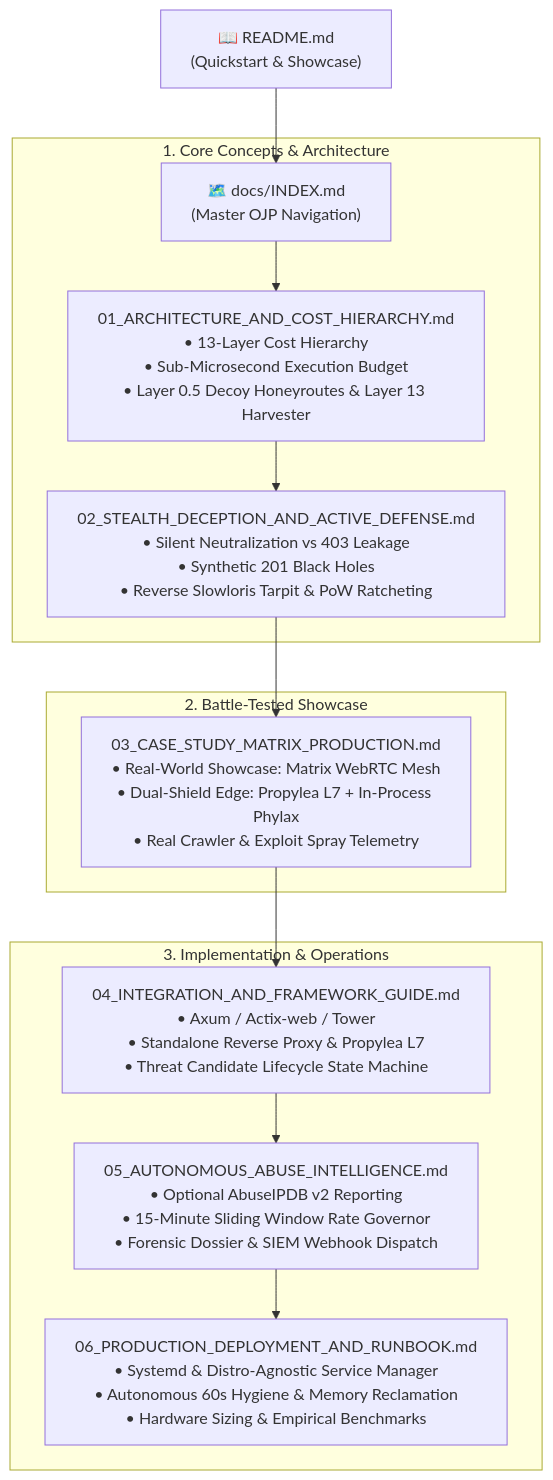
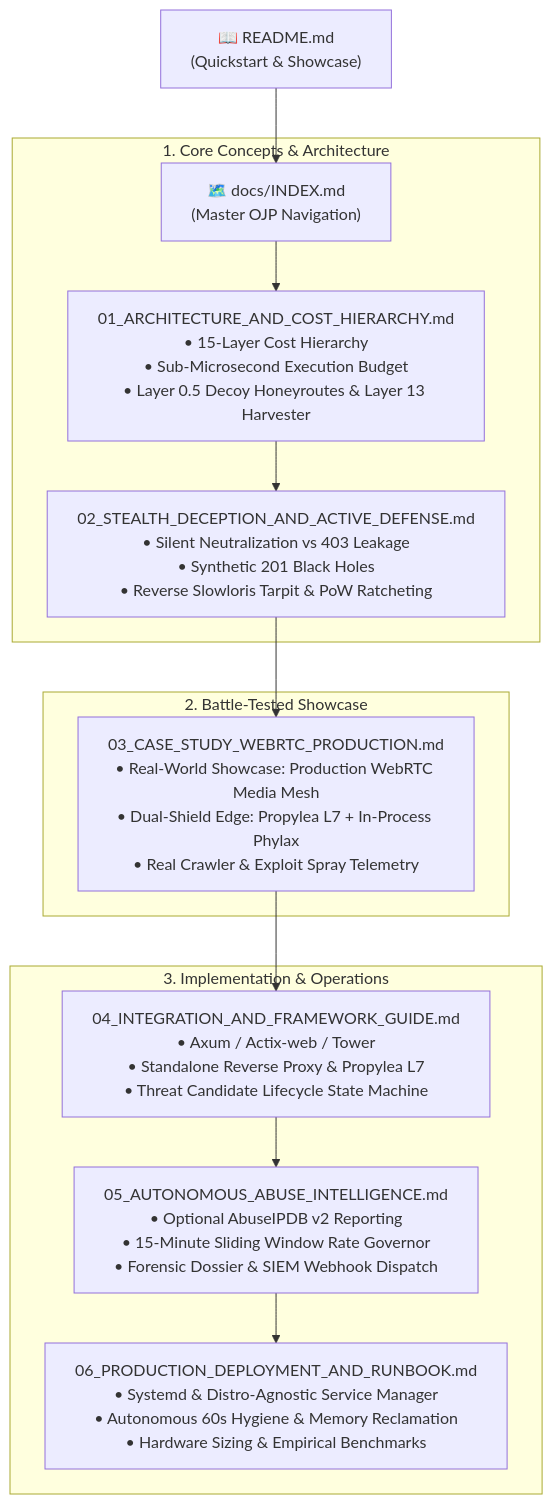
Before and after one commit to rmediatech/phylax: the diagram in docs/INDEX.md, drawn with Mermaid. The commit also changed other lines of this file and 25 other files, not shown here.

Commit message:
docs(sanitize): air-gap sanitize docs & tools per SOVEREIGN-SANITIZE-01, update 15-layer hierarchy & v0.2.8 release manifests

````diff
--- a/docs/INDEX.md
+++ b/docs/INDEX.md
@@ -12,19 +12,19 @@
 ```mermaid
 flowchart TD
     HOME["📖 README.md<br/>(Quickstart & Showcase)"] --> INDEX["🗺️ docs/INDEX.md<br/>(Master OJP Navigation)"]
     
     subgraph CoreFoundations["1. Core Concepts & Architecture"]
-        INDEX --> ARCH["01_ARCHITECTURE_AND_COST_HIERARCHY.md<br/>• 13-Layer Cost Hierarchy<br/>• Sub-Microsecond Execution Budget<br/>• Layer 0.5 Decoy Honeyroutes & Layer 13 Harvester"]
+        INDEX --> ARCH["01_ARCHITECTURE_AND_COST_HIERARCHY.md<br/>• 15-Layer Cost Hierarchy<br/>• Sub-Microsecond Execution Budget<br/>• Layer 0.5 Decoy Honeyroutes & Layer 13 Harvester"]
         ARCH --> DECEPT["02_STEALTH_DECEPTION_AND_ACTIVE_DEFENSE.md<br/>• Silent Neutralization vs 403 Leakage<br/>• Synthetic 201 Black Holes<br/>• Reverse Slowloris Tarpit & PoW Ratcheting"]
     end
 
     subgraph ProductionBattlefield["2. Battle-Tested Showcase"]
-        DECEPT --> MATRIX["03_CASE_STUDY_MATRIX_PRODUCTION.md<br/>• Real-World Showcase: Matrix WebRTC Mesh<br/>• Dual-Shield Edge: Propylea L7 + In-Process Phylax<br/>• Real Crawler & Exploit Spray Telemetry"]
+        DECEPT --> WEBRTC_SHOWCASE["03_CASE_STUDY_WEBRTC_PRODUCTION.md<br/>• Real-World Showcase: Production WebRTC Media Mesh<br/>• Dual-Shield Edge: Propylea L7 + In-Process Phylax<br/>• Real Crawler & Exploit Spray Telemetry"]
     end
 
     subgraph IntegrationAndOps["3. Implementation & Operations"]
-        MATRIX --> INTEGRATE["04_INTEGRATION_AND_FRAMEWORK_GUIDE.md<br/>• Axum / Actix-web / Tower<br/>• Standalone Reverse Proxy & Propylea L7<br/>• Threat Candidate Lifecycle State Machine"]
+        WEBRTC_SHOWCASE --> INTEGRATE["04_INTEGRATION_AND_FRAMEWORK_GUIDE.md<br/>• Axum / Actix-web / Tower<br/>• Standalone Reverse Proxy & Propylea L7<br/>• Threat Candidate Lifecycle State Machine"]
         INTEGRATE --> ABUSE["05_AUTONOMOUS_ABUSE_INTELLIGENCE.md<br/>• Optional AbuseIPDB v2 Reporting<br/>• 15-Minute Sliding Window Rate Governor<br/>• Forensic Dossier & SIEM Webhook Dispatch"]
         ABUSE --> RUNBOOK["06_PRODUCTION_DEPLOYMENT_AND_RUNBOOK.md<br/>• Systemd & Distro-Agnostic Service Manager<br/>• Autonomous 60s Hygiene & Memory Reclamation<br/>• Hardware Sizing & Empirical Benchmarks"]
     end
 ```
````
